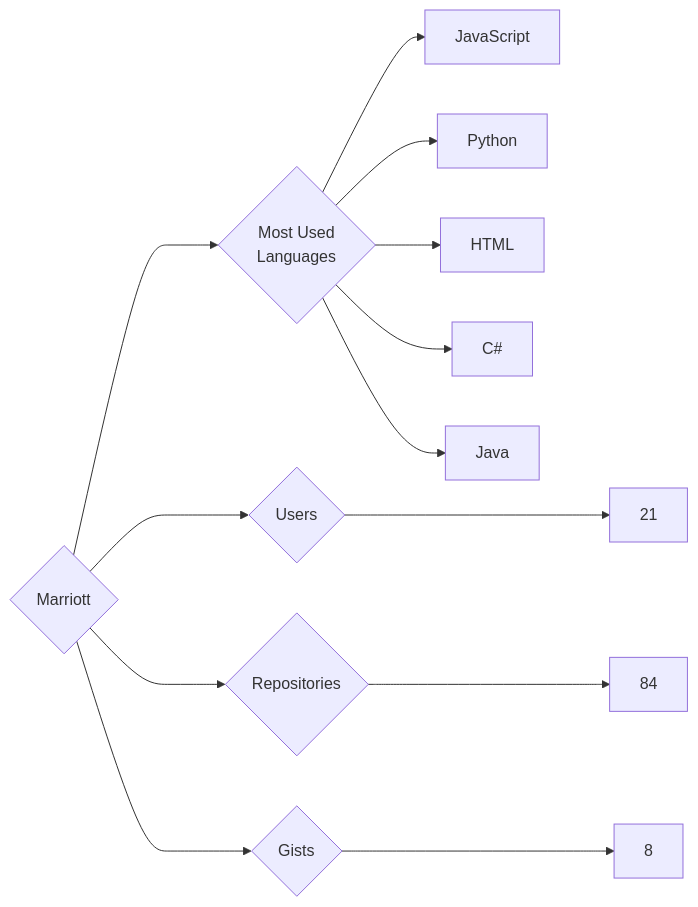
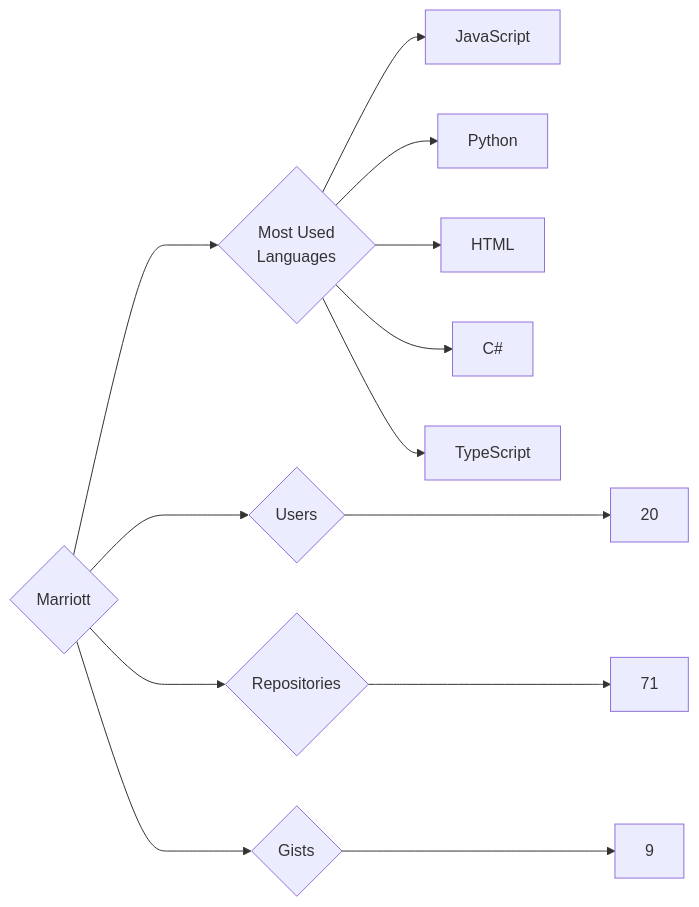
One commit to trickest/insiders changed the diagram in targets/Marriott/README.md. Above: the diagram before and after it, drawn with Mermaid. The commit also changed 877 other files, not shown here.

````diff
--- a/targets/Marriott/README.md
+++ b/targets/Marriott/README.md
@@ -3,13 +3,13 @@
 ```mermaid
 graph LR
 COMPANY_NAME{Marriott}
-COMPANY_NAME ---> U{Users} ---> UN[21]
-COMPANY_NAME ---> R{Repositories} ---> RN[84]
-COMPANY_NAME ---> G{Gists} ---> GN[8]
+COMPANY_NAME ---> U{Users} ---> UN[20]
+COMPANY_NAME ---> R{Repositories} ---> RN[71]
+COMPANY_NAME ---> G{Gists} ---> GN[9]
 COMPANY_NAME ---> ML{Most Used<br>Languages}
 ML --> JavaScript[JavaScript]
 ML --> Python[Python]
 ML --> HTML[HTML]
 ML --> C#[C#]
-ML --> Java[Java]
+ML --> TypeScript[TypeScript]
 ```
````
